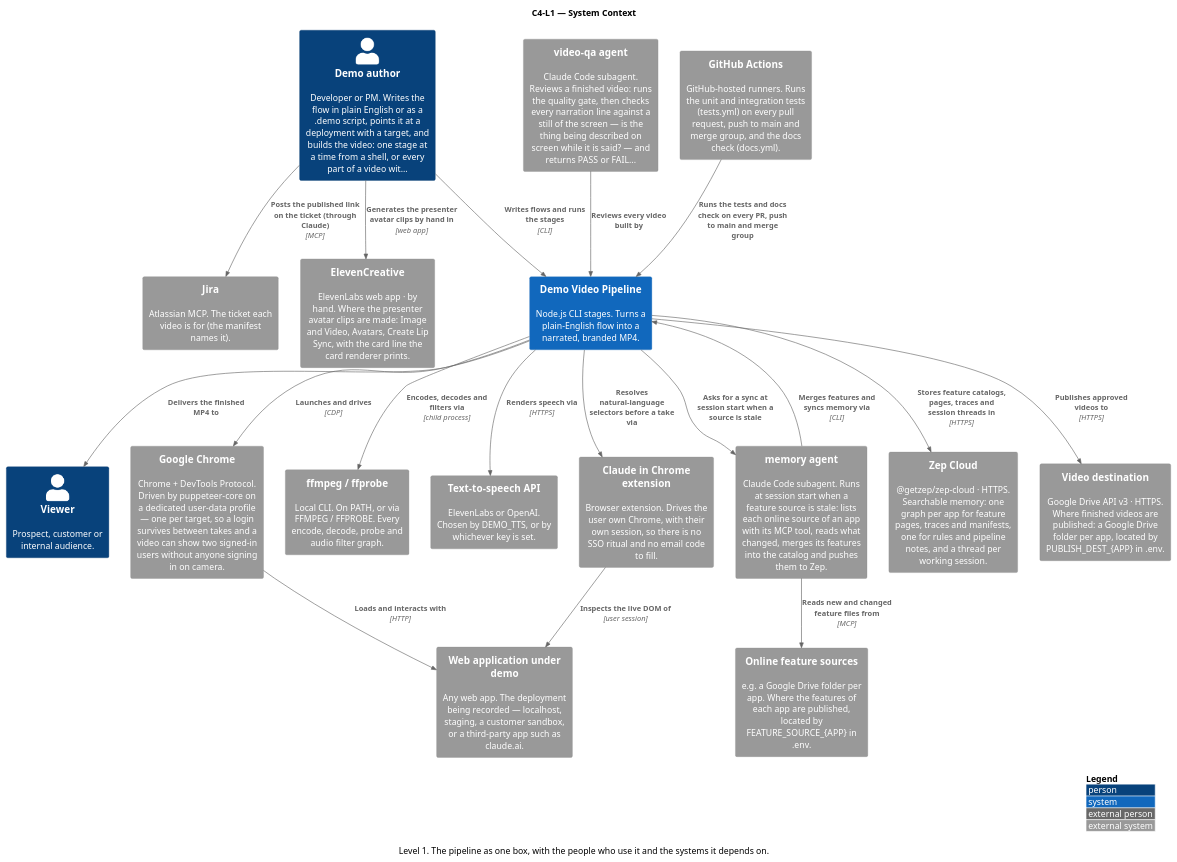
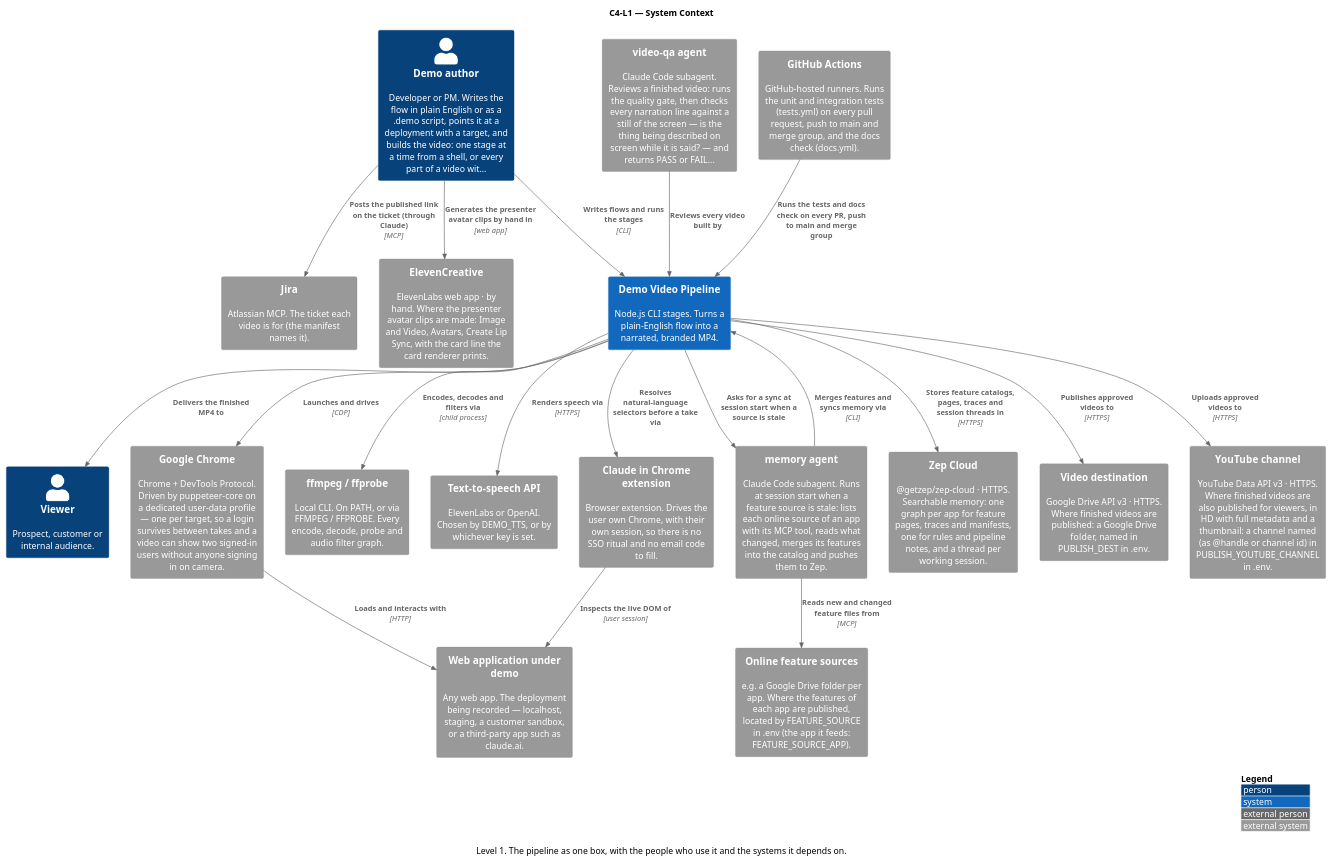
The diagram in docs/c4-l1-context.puml (ssunduko/product-video), drawn with PlantUML before and after one commit. The commit also changed 20 other files, not shown here.

```diff
--- a/docs/c4-l1-context.puml
+++ b/docs/c4-l1-context.puml
@@ -1,46 +1,48 @@
 @startuml c4-l1-context
 ' Generated by docs/c4-model.mjs — do not edit; edit the model and re-run.
 !include <C4/C4_Context>
 ' No bundled C4 stdlib? Replace the line above with:
 ' !include https://raw.githubusercontent.com/plantuml-stdlib/C4-PlantUML/master/C4_Context.puml
 
 title C4-L1 — System Context
 caption Level 1. The pipeline as one box, with the people who use it and the systems it depends on.
 
 Person(demo_author, "Demo author", "Developer or PM. Writes the flow in plain English or as a .demo script, points it at a deployment with a target, and builds the video: one stage at a time from a shell, or every part of a video wit...")
 System(demo_video_pipeline, "Demo Video Pipeline", "Node.js CLI stages. Turns a plain-English flow into a narrated, branded MP4.")
 Person(viewer, "Viewer", "Prospect, customer or internal audience.")
 System_Ext(google_chrome, "Google Chrome", "Chrome + DevTools Protocol. Driven by puppeteer-core on a dedicated user-data profile — one per target, so a login survives between takes and a video can show two signed-in users without anyone signing in on camera.")
 System_Ext(web_application_under_demo, "Web application under demo", "Any web app. The deployment being recorded — localhost, staging, a customer sandbox, or a third-party app such as claude.ai.")
 System_Ext(ffmpeg_ffprobe, "ffmpeg / ffprobe", "Local CLI. On PATH, or via FFMPEG / FFPROBE. Every encode, decode, probe and audio filter graph.")
 System_Ext(text_to_speech_api, "Text-to-speech API", "ElevenLabs or OpenAI. Chosen by DEMO_TTS, or by whichever key is set.")
 System_Ext(claude_in_chrome_extension, "Claude in Chrome extension", "Browser extension. Drives the user own Chrome, with their own session, so there is no SSO ritual and no email code to fill.")
 System_Ext(video_qa_agent, "video-qa agent", "Claude Code subagent. Reviews a finished video: runs the quality gate, then checks every narration line against a still of the screen — is the thing being described on screen while it is said? — and returns PASS or FAIL...")
 System_Ext(memory_agent, "memory agent", "Claude Code subagent. Runs at session start when a feature source is stale: lists each online source of an app with its MCP tool, reads what changed, merges its features into the catalog and pushes them to Zep.")
-System_Ext(online_feature_sources, "Online feature sources", "e.g. a Google Drive folder per app. Where the features of each app are published, located by FEATURE_SOURCE_{APP} in .env.")
+System_Ext(online_feature_sources, "Online feature sources", "e.g. a Google Drive folder per app. Where the features of each app are published, located by FEATURE_SOURCE in .env (the app it feeds: FEATURE_SOURCE_APP).")
 System_Ext(zep_cloud, "Zep Cloud", "@getzep/zep-cloud · HTTPS. Searchable memory: one graph per app for feature pages, traces and manifests, one for rules and pipeline notes, and a thread per working session.")
-System_Ext(video_destination, "Video destination", "Google Drive API v3 · HTTPS. Where finished videos are published: a Google Drive folder per app, located by PUBLISH_DEST_{APP} in .env.")
+System_Ext(video_destination, "Video destination", "Google Drive API v3 · HTTPS. Where finished videos are published: a Google Drive folder, named in PUBLISH_DEST in .env.")
 System_Ext(jira, "Jira", "Atlassian MCP. The ticket each video is for (the manifest names it).")
+System_Ext(youtube_channel, "YouTube channel", "YouTube Data API v3 · HTTPS. Where finished videos are also published for viewers, in HD with full metadata and a thumbnail: a channel named (as @handle or channel id) in PUBLISH_YOUTUBE_CHANNEL in .env.")
 System_Ext(elevencreative, "ElevenCreative", "ElevenLabs web app · by hand. Where the presenter avatar clips are made: Image and Video, Avatars, Create Lip Sync, with the card line the card renderer prints.")
 System_Ext(github_actions, "GitHub Actions", "GitHub-hosted runners. Runs the unit and integration tests (tests.yml) on every pull request, push to main and merge group, and the docs check (docs.yml).")
 
 Rel(demo_author, demo_video_pipeline, "Writes flows and runs the stages", "CLI")
 Rel(demo_video_pipeline, claude_in_chrome_extension, "Resolves natural-language selectors before a take via")
 Rel(claude_in_chrome_extension, web_application_under_demo, "Inspects the live DOM of", "user session")
 Rel(demo_video_pipeline, viewer, "Delivers the finished MP4 to")
 Rel(demo_video_pipeline, google_chrome, "Launches and drives", "CDP")
 Rel(google_chrome, web_application_under_demo, "Loads and interacts with", "HTTP")
 Rel(demo_video_pipeline, ffmpeg_ffprobe, "Encodes, decodes and filters via", "child process")
 Rel(demo_video_pipeline, text_to_speech_api, "Renders speech via", "HTTPS")
 Rel(video_qa_agent, demo_video_pipeline, "Reviews every video built by")
 Rel(demo_video_pipeline, zep_cloud, "Stores feature catalogs, pages, traces and session threads in", "HTTPS")
 Rel(demo_video_pipeline, video_destination, "Publishes approved videos to", "HTTPS")
+Rel(demo_video_pipeline, youtube_channel, "Uploads approved videos to", "HTTPS")
 Rel(demo_author, jira, "Posts the published link on the ticket (through Claude)", "MCP")
 Rel(memory_agent, online_feature_sources, "Reads new and changed feature files from", "MCP")
 Rel(memory_agent, demo_video_pipeline, "Merges features and syncs memory via", "CLI")
 Rel(demo_video_pipeline, memory_agent, "Asks for a sync at session start when a source is stale")
 Rel(demo_author, elevencreative, "Generates the presenter avatar clips by hand in", "web app")
 Rel(github_actions, demo_video_pipeline, "Runs the tests and docs check on every PR, push to main and merge group")
 
 LAYOUT_WITH_LEGEND()
 @enduml
```
